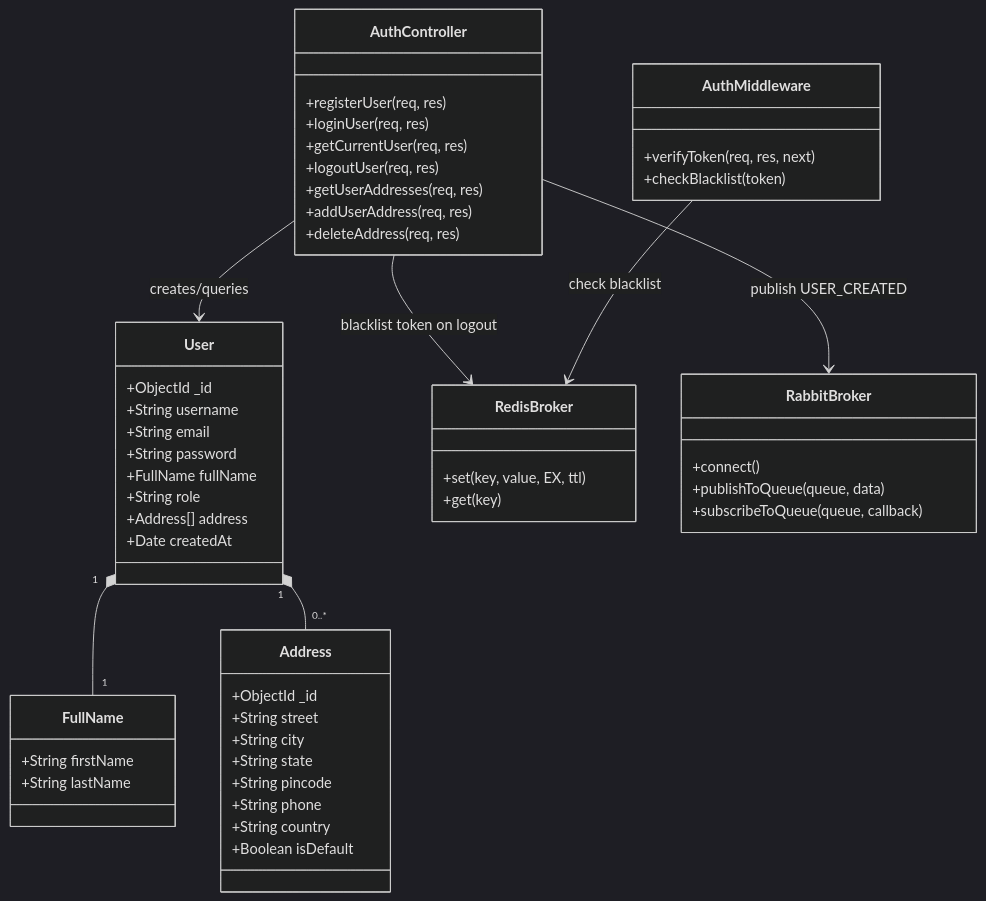
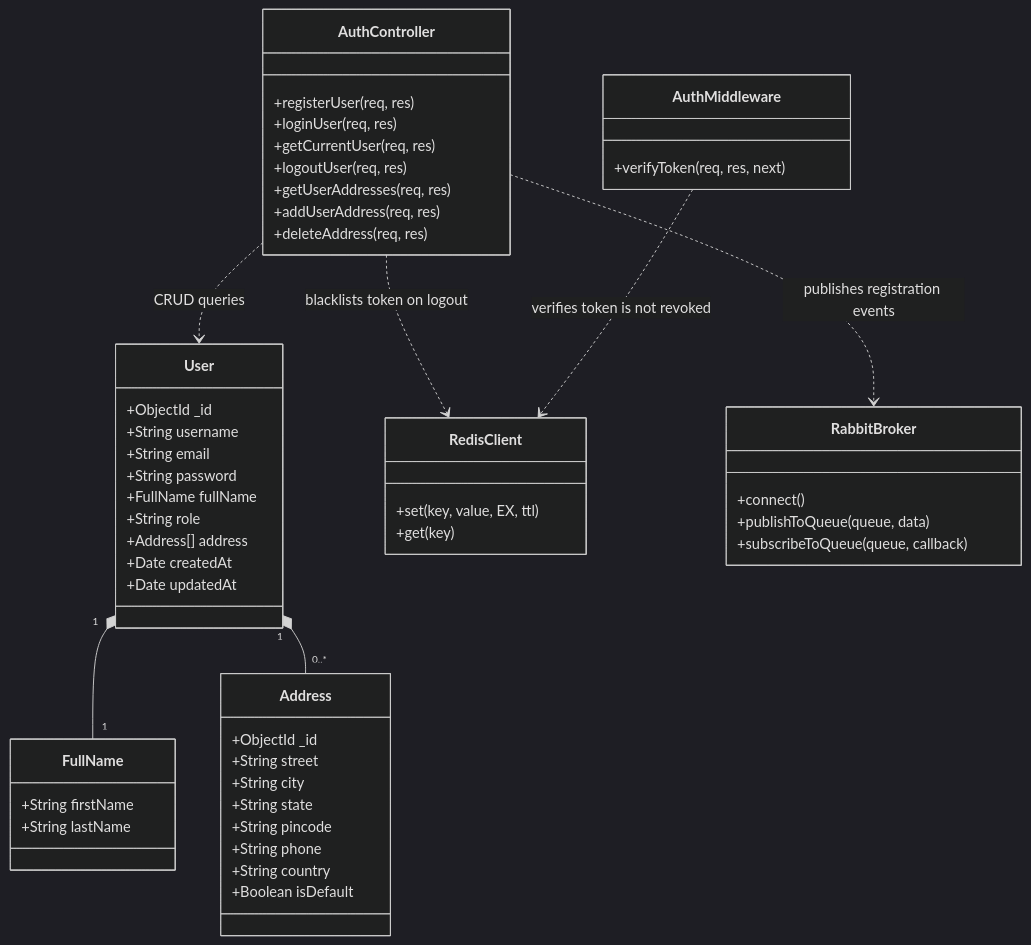
One commit to itsam-13/Vendora changed the second of 17 diagrams in README.md. Above: the diagram before and after it, drawn with Mermaid (dark theme). The commit also changed other lines of this file, not shown here.

Commit message:
docs: update README.md with comprehensive microservices architecture and event topology

````diff
--- a/README.md
+++ b/README.md
@@ -264,55 +391,56 @@
 ```mermaid
 classDiagram
     class User {
         +ObjectId _id
         +String username
         +String email
         +String password
         +FullName fullName
         +String role
         +Address[] address
         +Date createdAt
+        +Date updatedAt
     }
     class FullName {
         +String firstName
         +String lastName
     }
     class Address {
         +ObjectId _id
         +String street
         +String city
         +String state
         +String pincode
         +String phone
         +String country
         +Boolean isDefault
     }
     class AuthController {
         +registerUser(req, res)
         +loginUser(req, res)
         +getCurrentUser(req, res)
         +logoutUser(req, res)
         +getUserAddresses(req, res)
         +addUserAddress(req, res)
         +deleteAddress(req, res)
     }
     class AuthMiddleware {
         +verifyToken(req, res, next)
-        +checkBlacklist(token)
     }
-    class RedisBroker {
+    class RedisClient {
         +set(key, value, EX, ttl)
         +get(key)
     }
     class RabbitBroker {
         +connect()
         +publishToQueue(queue, data)
         +subscribeToQueue(queue, callback)
     }
+
     User "1" *-- "1" FullName
     User "1" *-- "0..*" Address
-    AuthController --> User : creates/queries
-    AuthController --> RedisBroker : blacklist token on logout
-    AuthController --> RabbitBroker : publish USER_CREATED
-    AuthMiddleware --> RedisBroker : check blacklist
+    AuthController ..> User : CRUD queries
+    AuthController ..> RedisClient : blacklists token on logout
+    AuthController ..> RabbitBroker : publishes registration events
+    AuthMiddleware ..> RedisClient : verifies token is not revoked
 ```
````
